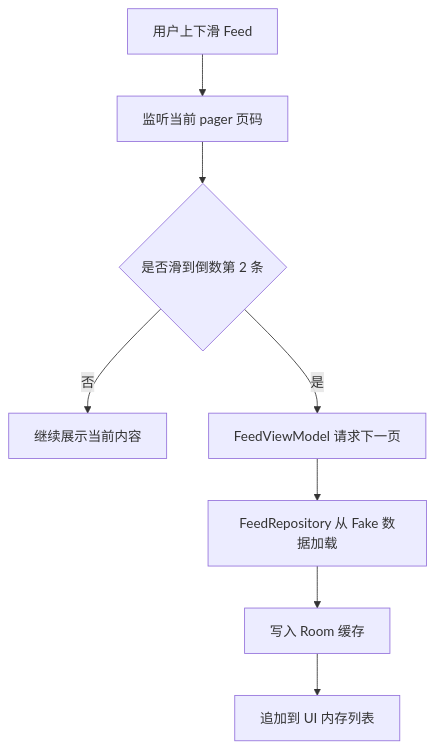
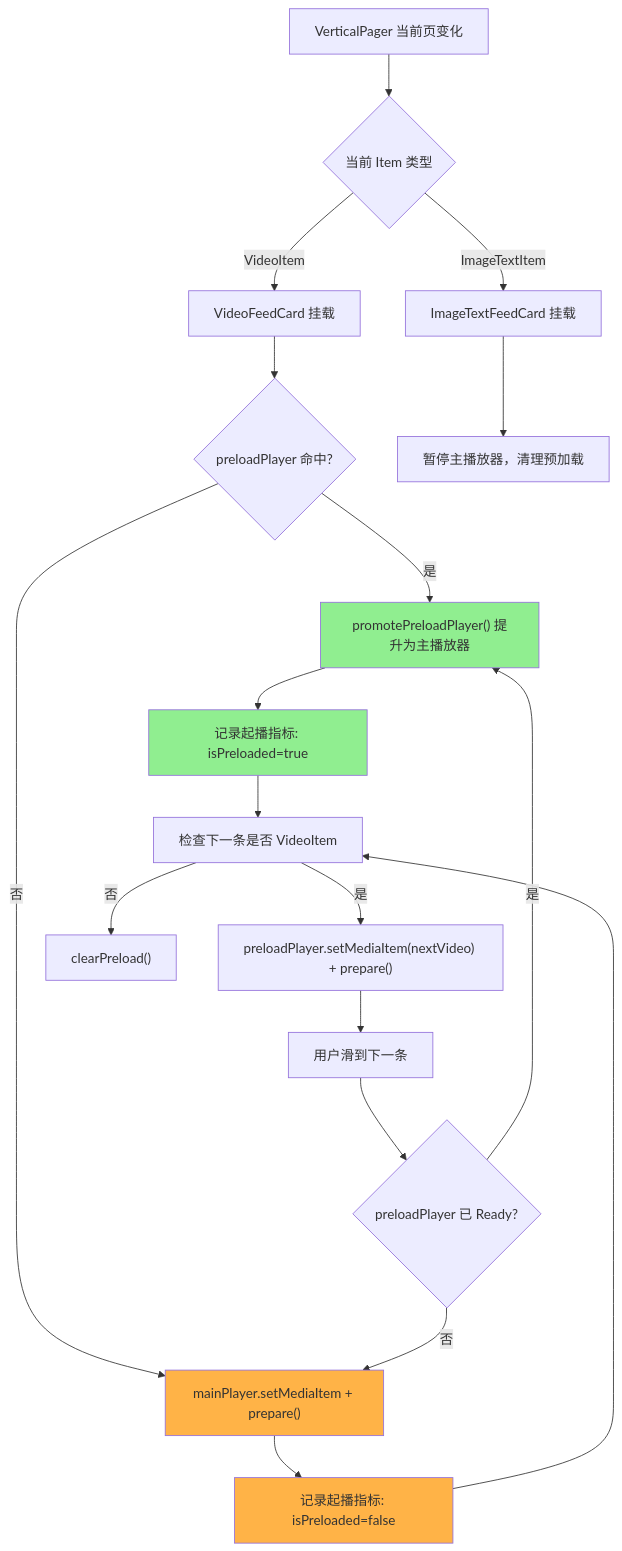
Before and after one commit to Tmilk123/Android: the fourth of 9 diagrams in docs/technical_design.md, drawn with Mermaid. The commit also changed other lines of this file and 2 other files, not shown here.

First line of the commit message:
滑动流畅度优化: snapshotFlow + PagerSnapDistance + 降频

````diff
--- a/docs/technical_design.md
+++ b/docs/technical_design.md
@@ -128,10 +547,28 @@
 ```mermaid
 flowchart TD
-    A["用户上下滑 Feed"] --> B["监听当前 pager 页码"]
-    B --> C{"是否滑到倒数第 2 条"}
-    C -- "否" --> D["继续展示当前内容"]
-    C -- "是" --> E["FeedViewModel 请求下一页"]
-    E --> F["FeedRepository 从 Fake 数据加载"]
-    F --> G["写入 Room 缓存"]
-    G --> H["追加到 UI 内存列表"]
+    A["VerticalPager 当前页变化"] --> B{"当前 Item 类型"}
+    B -- "VideoItem" --> C["VideoFeedCard 挂载"]
+    C --> D{"preloadPlayer 命中?"}
+    D -- "是" --> E["promotePreloadPlayer() 提升为主播放器"]
+    D -- "否" --> F["mainPlayer.setMediaItem + prepare()"]
+    E --> G["记录起播指标: isPreloaded=true"]
+    F --> H["记录起播指标: isPreloaded=false"]
+
+    G --> I["检查下一条是否 VideoItem"]
+    H --> I
+    I -- "是" --> J["preloadPlayer.setMediaItem(nextVideo) + prepare()"]
+    I -- "否" --> K["clearPreload()"]
+
+    J --> L["用户滑到下一条"]
+    L --> M{"preloadPlayer 已 Ready?"}
+    M -- "是" --> E
+    M -- "否" --> F
+
+    B -- "ImageTextItem" --> N["ImageTextFeedCard 挂载"]
+    N --> O["暂停主播放器，清理预加载"]
+
+    style E fill:#90EE90
+    style F fill:#FFB347
+    style G fill:#90EE90
+    style H fill:#FFB347
 ```
````
